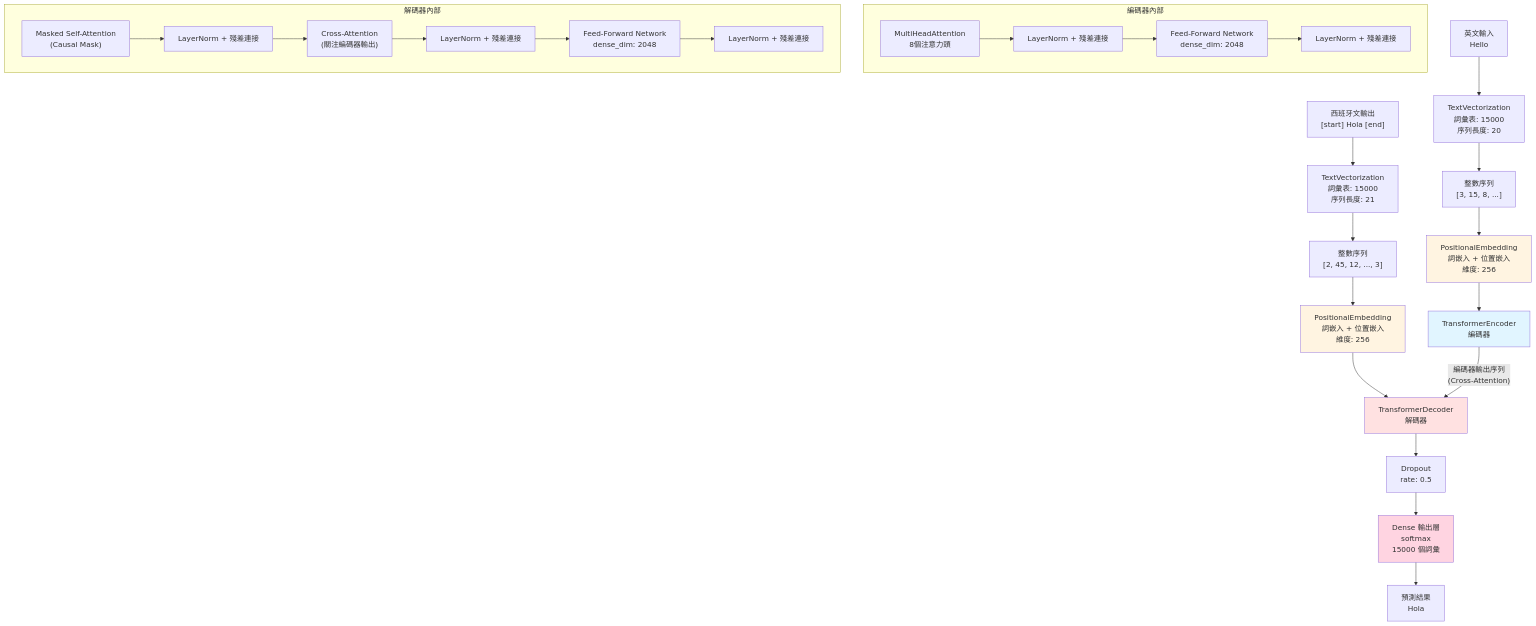
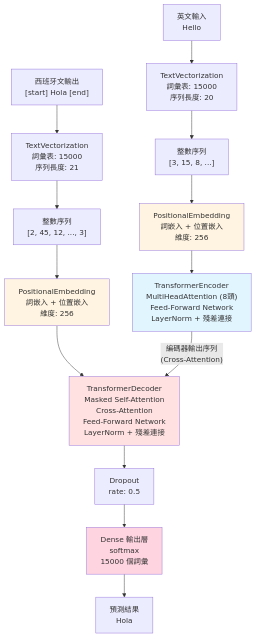
Before and after one commit to gnkn19930225/llm-practice: the second of 3 diagrams in README.md, drawn with Mermaid.

Commit message:
更新README

````diff
--- a/README.md
+++ b/README.md
@@ -38,44 +38,26 @@
 ```mermaid
 graph TD
     A["英文輸入<br/>Hello"] --> B["TextVectorization<br/>詞彙表: 15000<br/>序列長度: 20"]
     C["西班牙文輸出<br/>[start] Hola [end]"] --> D["TextVectorization<br/>詞彙表: 15000<br/>序列長度: 21"]
 
     B --> E["整數序列<br/>[3, 15, 8, ...]"]
     D --> F["整數序列<br/>[2, 45, 12, ..., 3]"]
 
     E --> G["PositionalEmbedding<br/>詞嵌入 + 位置嵌入<br/>維度: 256"]
     F --> H["PositionalEmbedding<br/>詞嵌入 + 位置嵌入<br/>維度: 256"]
 
-    G --> I["TransformerEncoder<br/>編碼器"]
-    H --> J["TransformerDecoder<br/>解碼器"]
+    G --> I["TransformerEncoder<br/>MultiHeadAttention (8頭)<br/>Feed-Forward Network<br/>LayerNorm + 殘差連接"]
+    H --> J["TransformerDecoder<br/>Masked Self-Attention<br/>Cross-Attention<br/>Feed-Forward Network<br/>LayerNorm + 殘差連接"]
 
     I -->|"編碼器輸出序列<br/>(Cross-Attention)"| J
-
-    subgraph Encoder["編碼器內部"]
-        I1["MultiHeadAttention<br/>8個注意力頭"]
-        I2["LayerNorm + 殘差連接"]
-        I3["Feed-Forward Network<br/>dense_dim: 2048"]
-        I4["LayerNorm + 殘差連接"]
-        I1 --> I2 --> I3 --> I4
-    end
-
-    subgraph Decoder["解碼器內部"]
-        J1["Masked Self-Attention<br/>(Causal Mask)"]
-        J2["LayerNorm + 殘差連接"]
-        J3["Cross-Attention<br/>(關注編碼器輸出)"]
-        J4["LayerNorm + 殘差連接"]
-        J5["Feed-Forward Network<br/>dense_dim: 2048"]
-        J6["LayerNorm + 殘差連接"]
-        J1 --> J2 --> J3 --> J4 --> J5 --> J6
-    end
 
     J --> K["Dropout<br/>rate: 0.5"]
     K --> L["Dense 輸出層<br/>softmax<br/>15000 個詞彙"]
     L --> M["預測結果<br/>Hola"]
 
     style G fill:#fff4e1
     style H fill:#fff4e1
     style I fill:#e1f5ff
     style J fill:#ffe1e1
     style L fill:#ffd4e1
 ```
````
